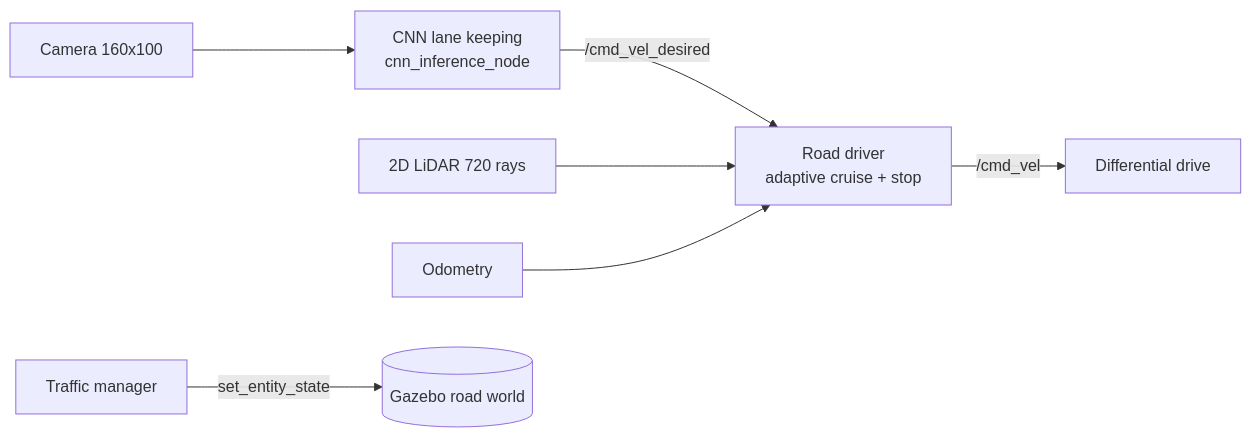
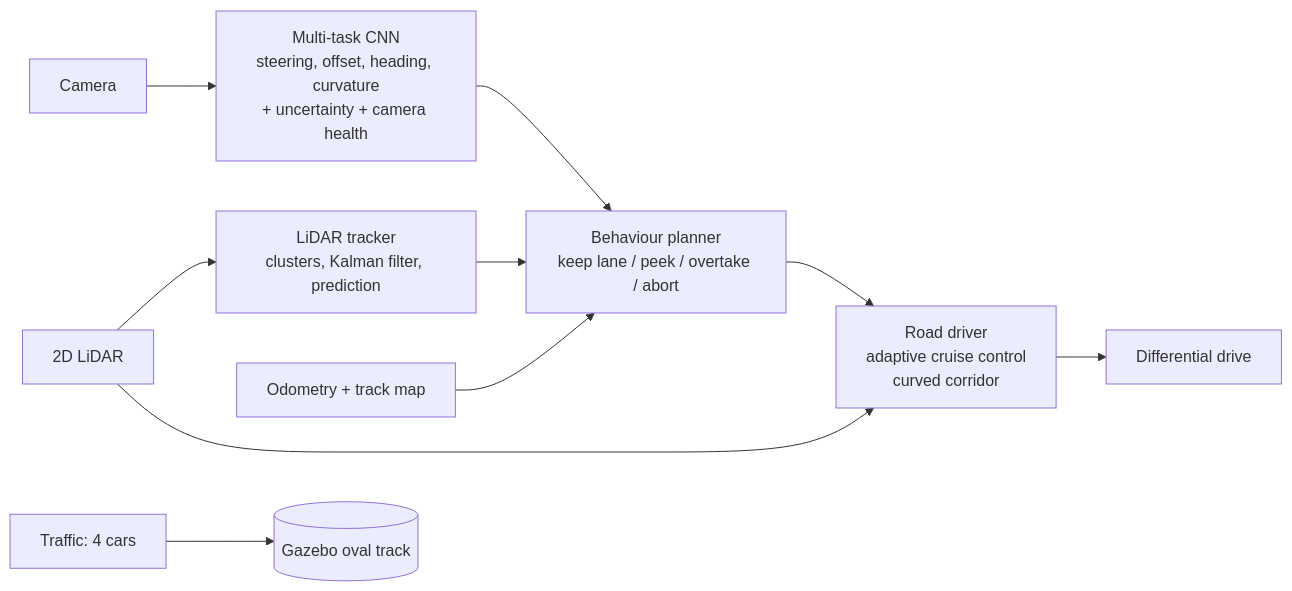
The diagram in README.md (worshub05/Roboticsproject), drawn with Mermaid before and after one commit. The commit also changed other lines of this file and 2 other files, not shown here.

Commit message:
Catch-up: README with all results, false-PEEK fix (confirmed tracked car + 1 s dropout hysteresis), one-command stack launcher tools/run_stack.sh

````diff
--- a/README.md
+++ b/README.md
@@ -13,9 +13,12 @@
 ```mermaid
 flowchart LR
-    CAM[Camera 160x100] --> CNN[CNN lane keeping<br/>cnn_inference_node]
-    CNN -- /cmd_vel_desired --> RD[Road driver<br/>adaptive cruise + stop]
-    LIDAR[2D LiDAR 720 rays] --> RD
-    ODOM[Odometry] --> RD
-    RD -- /cmd_vel --> DRIVE[Differential drive]
-    TM[Traffic manager] -- set_entity_state --> GZ[(Gazebo road world)]
+    CAM[Camera] --> CNN[Multi-task CNN<br/>steering, offset, heading, curvature<br/>+ uncertainty + camera health]
+    LIDAR[2D LiDAR] --> TRK[LiDAR tracker<br/>clusters, Kalman filter, prediction]
+    LIDAR --> RD
+    CNN --> BP[Behaviour planner<br/>keep lane / peek / overtake / abort]
+    TRK --> BP
+    ODOM[Odometry + track map] --> BP
+    BP --> RD[Road driver<br/>adaptive cruise control<br/>curved corridor]
+    RD --> DRIVE[Differential drive]
+    TM[Traffic: 4 cars] --> GZ[(Gazebo oval track)]
 ```
````
